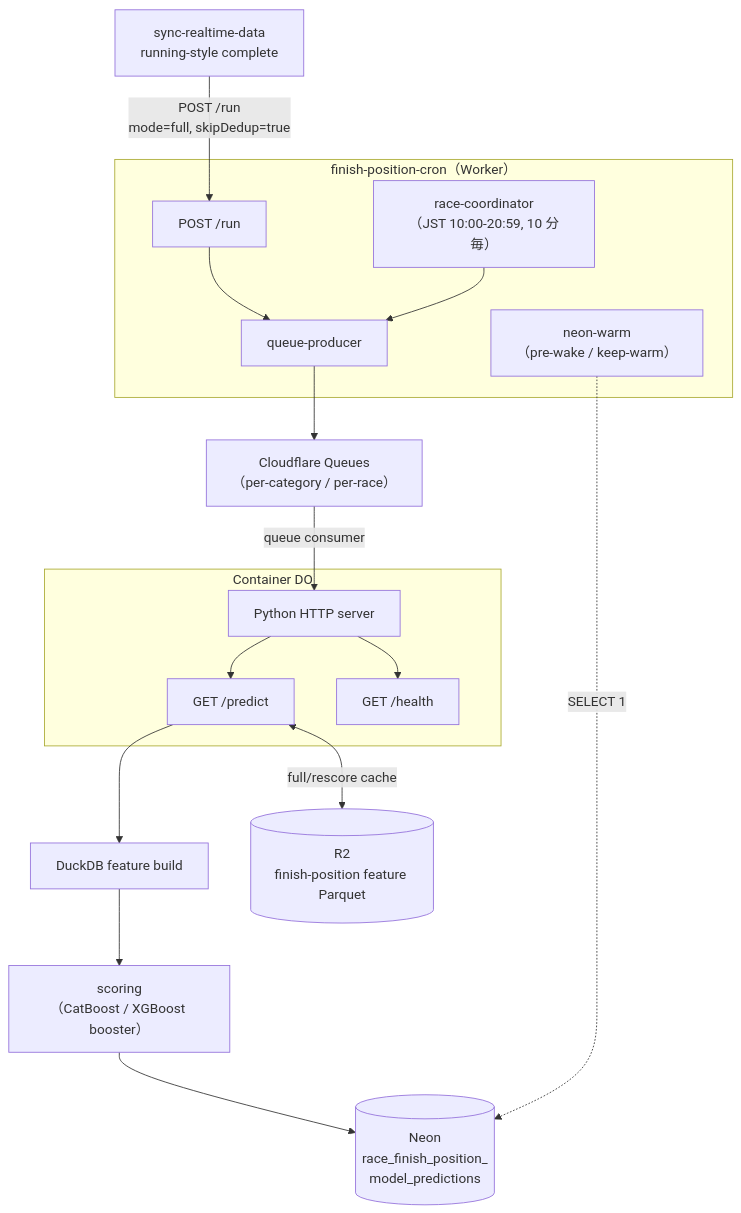
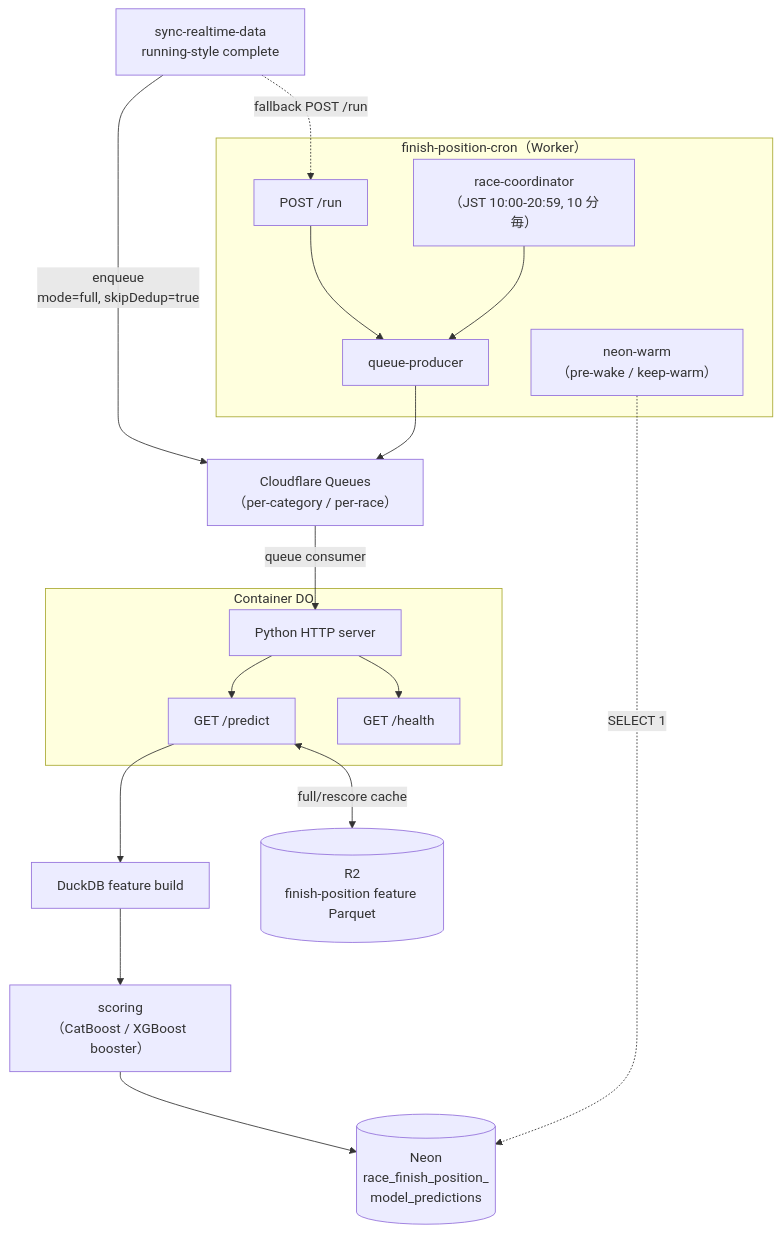
One commit to kkkaoru/horse-racing-data changed the fourth of 10 diagrams in docs/finish-position-prediction-system.md. Above: the diagram before and after it, drawn with Mermaid. The commit also changed other lines of this file and 14 other files, not shown here.

````diff
--- a/docs/finish-position-prediction-system.md
+++ b/docs/finish-position-prediction-system.md
@@ -365,31 +374,32 @@
 ```mermaid
 flowchart TB
     subgraph CRONW["finish-position-cron（Worker）"]
         TRIG["POST /run"]
         COORD["race-coordinator<br/>（JST 10:00-20:59, 10 分毎）"]
         PRODUCER["queue-producer"]
         NEONWARM["neon-warm<br/>（pre-wake / keep-warm）"]
         TRIG --> PRODUCER
         COORD --> PRODUCER
     end
     QUEUE["Cloudflare Queues<br/>（per-category / per-race）"]
     subgraph DOBJ["Container DO"]
         SERVER["Python HTTP server"]
         EP1["GET /predict"]
         EP2["GET /health"]
         SERVER --> EP1
         SERVER --> EP2
     end
     DUCKBUILD["DuckDB feature build"]
     SCORE["scoring<br/>（CatBoost / XGBoost booster）"]
     FPNEON[("Neon<br/>race_finish_position_<br/>model_predictions")]
     R2FP[("R2<br/>finish-position feature Parquet")]
 
     UPSTREAM["sync-realtime-data<br/>running-style complete"]
-    UPSTREAM -->|"POST /run<br/>mode=full, skipDedup=true"| TRIG
+    UPSTREAM -->|"enqueue<br/>mode=full, skipDedup=true"| QUEUE
+    UPSTREAM -.->|"fallback POST /run"| TRIG
     PRODUCER --> QUEUE
     QUEUE -->|"queue consumer"| SERVER
     EP1 --> DUCKBUILD --> SCORE --> FPNEON
     EP1 <-->|"full/rescore cache"| R2FP
     NEONWARM -.->|"SELECT 1"| FPNEON
 ```
````
